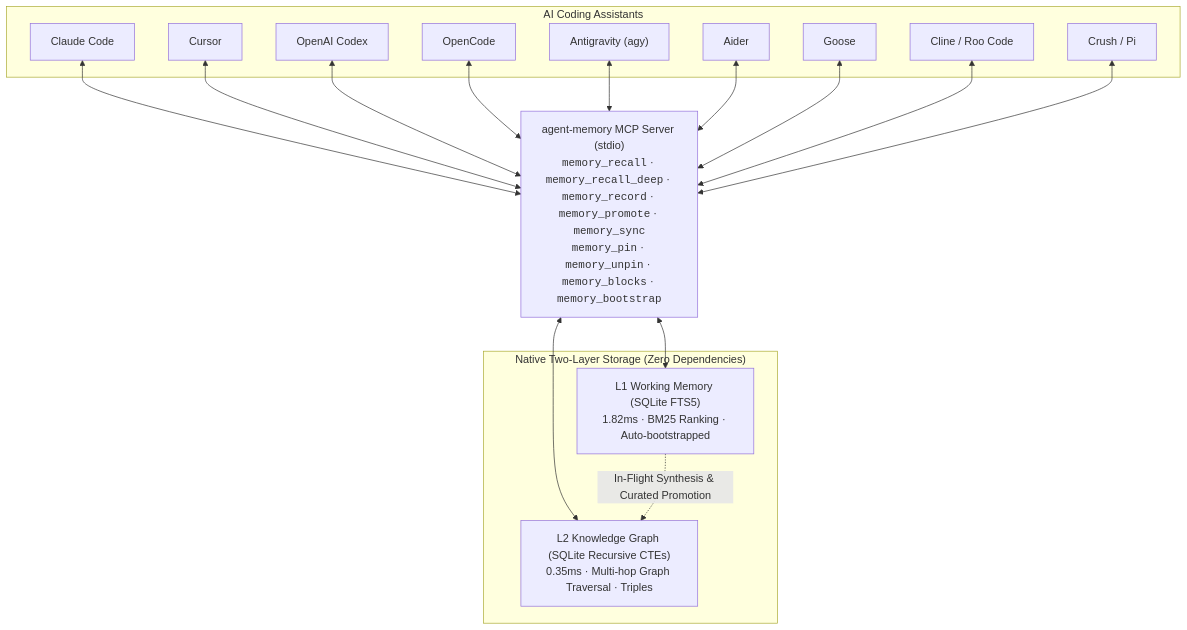
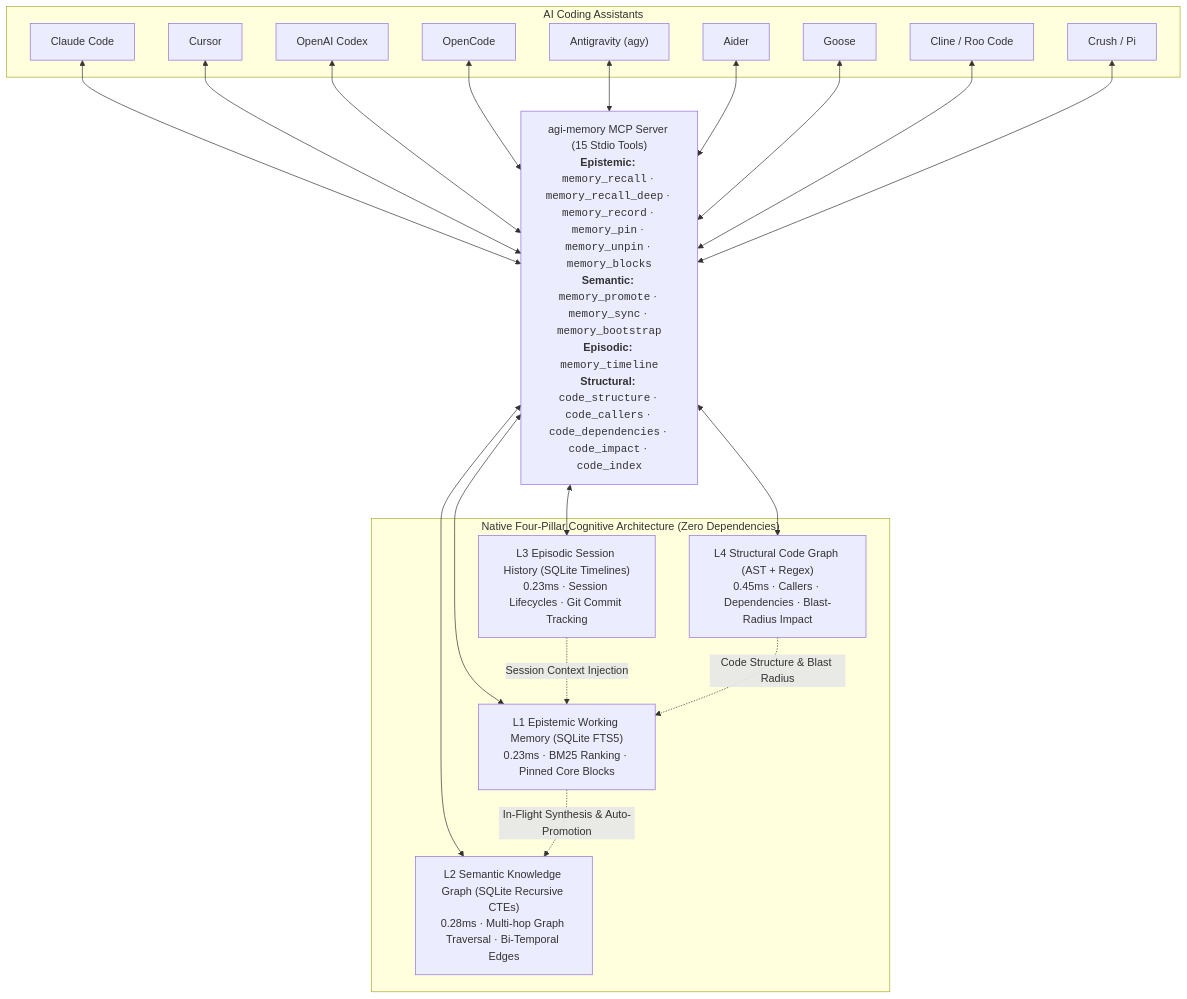
One commit to kdbhalala/agent-memory changed the diagram in README.md. Above: the diagram before and after it, drawn with Mermaid. The commit also changed other lines of this file and 20 other files, not shown here.

Commit message:
feat: release v0.2.0 with four-pillar cognitive memory framework

````diff
--- a/README.md
+++ b/README.md
@@ -124,26 +123,32 @@
 ```mermaid
 graph TD
     subgraph Assistants ["AI Coding Assistants"]
         CC["Claude Code"]
         CU["Cursor"]
         CX["OpenAI Codex"]
         OC["OpenCode"]
         AG["Antigravity (agy)"]
         AD["Aider"]
         GS["Goose"]
         CL["Cline / Roo Code"]
         CR["Crush / Pi"]
     end
 
-    MCP["agent-memory MCP Server (stdio)<br/><code>memory_recall</code> · <code>memory_recall_deep</code> · <code>memory_record</code> · <code>memory_promote</code> · <code>memory_sync</code><br/><code>memory_pin</code> · <code>memory_unpin</code> · <code>memory_blocks</code> · <code>memory_bootstrap</code>"]
+    MCP["agi-memory MCP Server (15 Stdio Tools)<br/><b>Epistemic:</b> <code>memory_recall</code> · <code>memory_recall_deep</code> · <code>memory_record</code> · <code>memory_pin</code> · <code>memory_unpin</code> · <code>memory_blocks</code><br/><b>Semantic:</b> <code>memory_promote</code> · <code>memory_sync</code> · <code>memory_bootstrap</code><br/><b>Episodic:</b> <code>memory_timeline</code><br/><b>Structural:</b> <code>code_structure</code> · <code>code_callers</code> · <code>code_dependencies</code> · <code>code_impact</code> · <code>code_index</code>"]
 
-    subgraph Storage ["Native Two-Layer Storage (Zero Dependencies)"]
-        L1["L1 Working Memory (SQLite FTS5)<br/>1.82ms · BM25 Ranking · Auto-bootstrapped"]
-        L2["L2 Knowledge Graph (SQLite Recursive CTEs)<br/>0.35ms · Multi-hop Graph Traversal · Triples"]
+    subgraph Storage ["Native Four-Pillar Cognitive Architecture (Zero Dependencies)"]
+        L1["L1 Epistemic Working Memory (SQLite FTS5)<br/>0.23ms · BM25 Ranking · Pinned Core Blocks"]
+        L2["L2 Semantic Knowledge Graph (SQLite Recursive CTEs)<br/>0.28ms · Multi-hop Graph Traversal · Bi-Temporal Edges"]
+        L3["L3 Episodic Session History (SQLite Timelines)<br/>0.23ms · Session Lifecycles · Git Commit Tracking"]
+        L4["L4 Structural Code Graph (AST + Regex)<br/>0.45ms · Callers · Dependencies · Blast-Radius Impact"]
     end
 
     CC & CU & CX & OC & AG & AD & GS & CL & CR <--> MCP
     MCP <--> L1
     MCP <--> L2
-    L1 -. "In-Flight Synthesis & Curated Promotion" .-> L2
+    MCP <--> L3
+    MCP <--> L4
+    L1 -. "In-Flight Synthesis & Auto-Promotion" .-> L2
+    L3 -. "Session Context Injection" .-> L1
+    L4 -. "Code Structure & Blast Radius" .-> L1
 ```
````
